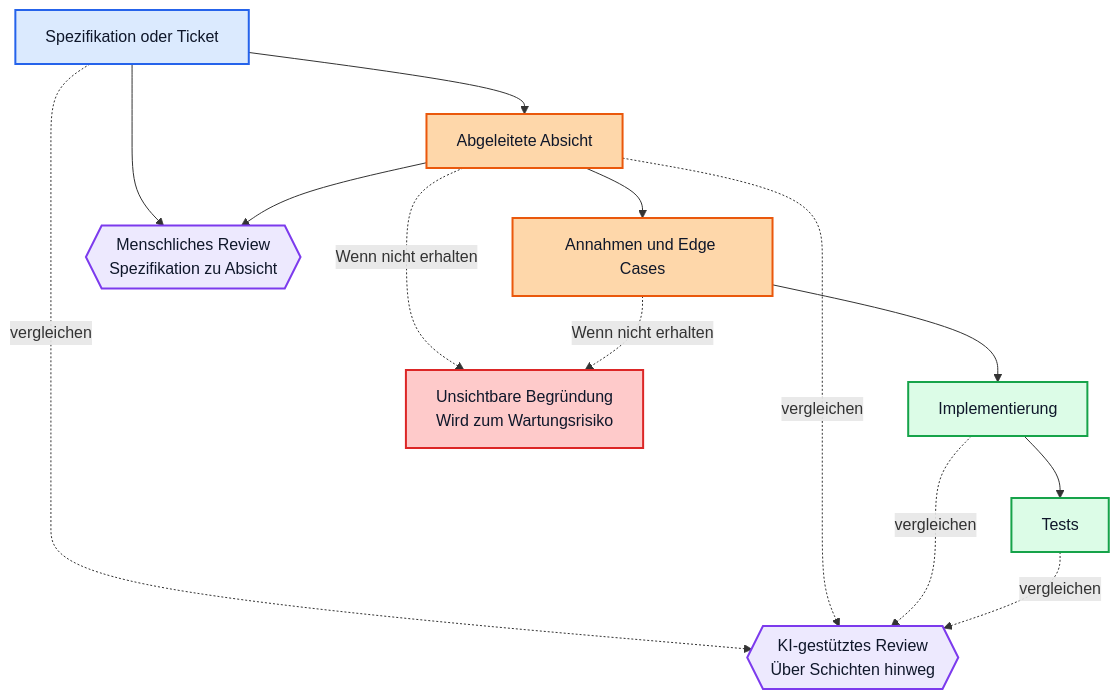
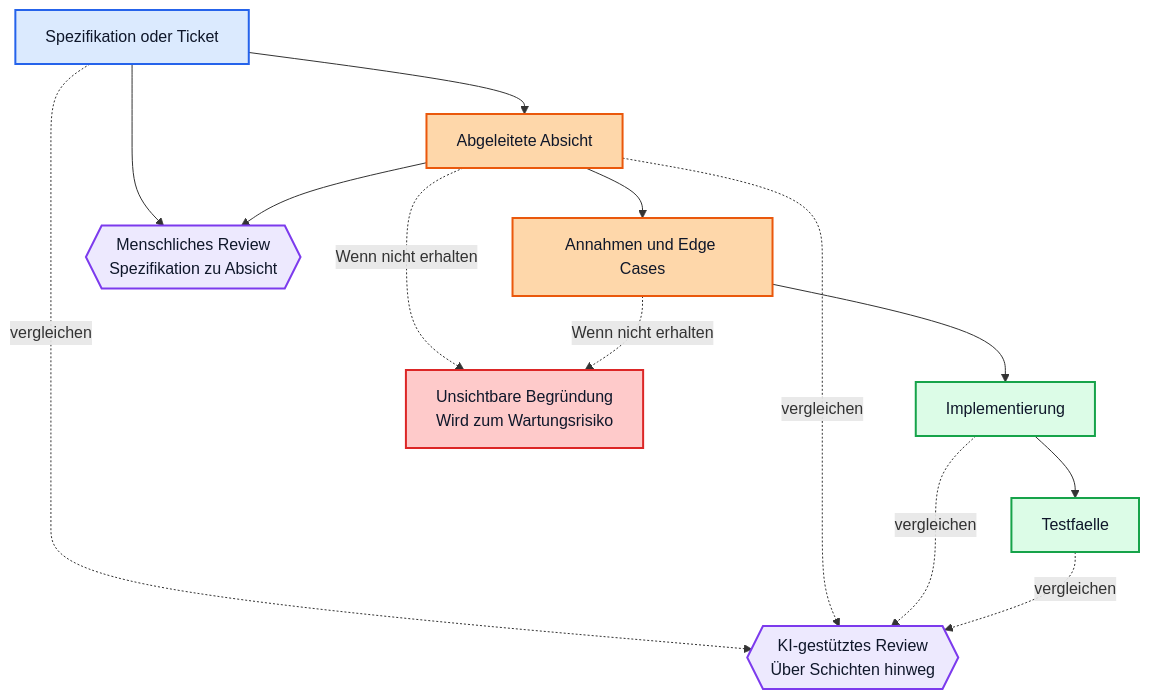
The diagram in docs/diagrams/blog/ai-technical-debt-is-not-about-ai-generated-code/de/review-loops.mmd (mihafreenode/let-books), drawn with Mermaid before and after one commit. The commit also changed 85 other files, not shown here.

```diff
--- a/docs/diagrams/blog/ai-technical-debt-is-not-about-ai-generated-code/de/review-loops.mmd
+++ b/docs/diagrams/blog/ai-technical-debt-is-not-about-ai-generated-code/de/review-loops.mmd
@@ -1,40 +1,40 @@
 %% Blue = specification or source of truth.
 %% Orange = inferred intent and preserved understanding.
 %% Green = implementation artifacts.
 %% Purple = review and validation loops.
 %% Red = maintainability risk.
 %% Mermaid source is authoritative. Render with htmlLabels: false via tools/mermaid-render-config.json.
 flowchart TD
     SPEC[Spezifikation oder Ticket]
     INTENT[Abgeleitete Absicht]
     ASSUME[Annahmen und Edge Cases]
     IMPL[Implementierung]
-    TESTS[Tests]
+    TESTS[Testfaelle]
 
     HREVIEW{{Menschliches Review\nSpezifikation zu Absicht}}
     AIREVIEW{{KI-gestütztes Review\nÜber Schichten hinweg}}
     RISK[Unsichtbare Begründung\nWird zum Wartungsrisiko]
 
     SPEC --> INTENT --> ASSUME --> IMPL --> TESTS
     INTENT -. Wenn nicht erhalten .-> RISK
     ASSUME -. Wenn nicht erhalten .-> RISK
 
     SPEC --> HREVIEW
     INTENT --> HREVIEW
 
     SPEC -. vergleichen .-> AIREVIEW
     INTENT -. vergleichen .-> AIREVIEW
     IMPL -. vergleichen .-> AIREVIEW
     TESTS -. vergleichen .-> AIREVIEW
 
     classDef source fill:#dbeafe,stroke:#2563eb,stroke-width:2px,color:#0f172a;
     classDef understanding fill:#fed7aa,stroke:#ea580c,stroke-width:2px,color:#0f172a;
     classDef implementation fill:#dcfce7,stroke:#16a34a,stroke-width:2px,color:#0f172a;
     classDef review fill:#ede9fe,stroke:#7c3aed,stroke-width:2px,color:#0f172a;
     classDef risk fill:#fecaca,stroke:#dc2626,stroke-width:2px,color:#0f172a;
 
     class SPEC source;
     class INTENT,ASSUME understanding;
     class IMPL,TESTS implementation;
     class HREVIEW,AIREVIEW review;
     class RISK risk;
```
